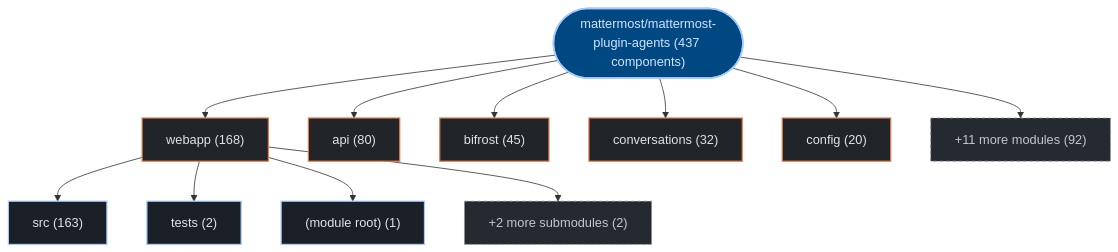
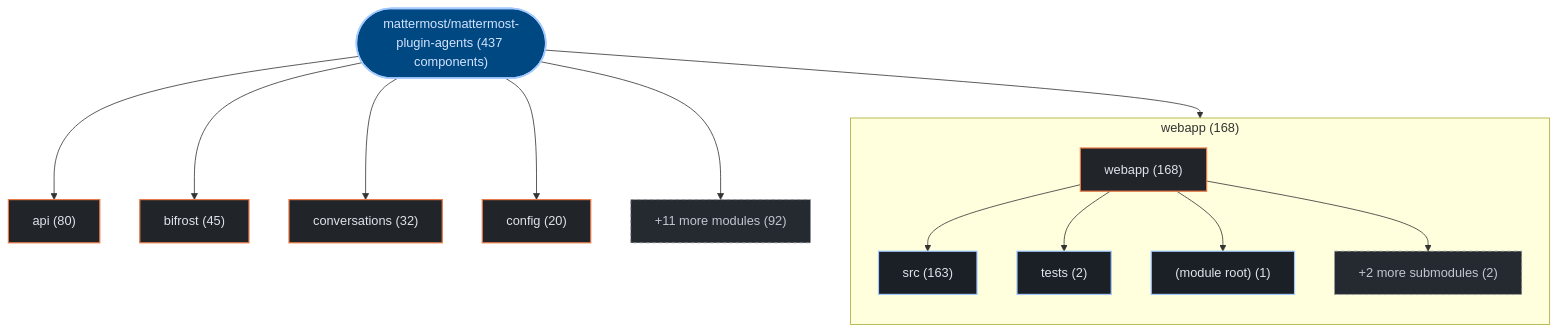
The first of 3 diagrams in exports/latest/reports/mattermost-mattermost-plugin-agents-report.md (kumarshaz/atruss-code-atlas), drawn with Mermaid before and after one commit. The commit also changed 178 other files, not shown here.

Commit message:
feat(ui,mermaid): upgrade to mermaid v12 + ELK layout, add orgs-summary + pagination, subgraph building blocks, fix tab alignment

````diff
--- a/exports/latest/reports/mattermost-mattermost-plugin-agents-report.md
+++ b/exports/latest/reports/mattermost-mattermost-plugin-agents-report.md
@@ -42,31 +42,34 @@
 ```mermaid
 graph TD;
   classDef atlasRoot fill:#004882,stroke:#a3c9ff,stroke-width:2px,color:#d3e4ff
   classDef atlasCategory fill:#212428,stroke:#E87A48,stroke-width:1.5px,color:#dfe3eb
   classDef atlasWorkflow fill:#1b2026,stroke:#a3c9ff,stroke-width:1.5px,color:#dfe3eb
   classDef atlasJob fill:#171c22,stroke:#8d9199,stroke-width:1px,color:#dfe3eb
   classDef atlasTarget fill:#005227,stroke:#8bd99b,stroke-width:1.5px,color:#a7f6b6
   classDef atlasAlert fill:#93000a,stroke:#ffb4ab,stroke-width:1.5px,color:#ffdad6
   classDef atlasMore fill:#252a31,stroke:#8d9199,stroke-dasharray:4 4,color:#c3c6cf
     repo_root(["mattermost/mattermost-plugin-agents (437 components)"]):::atlasRoot
-    dir_0_webapp["webapp (168)"]:::atlasCategory
+    subgraph sg_dir_0_webapp["webapp (168)"]
+      direction TB
+      dir_0_webapp["webapp (168)"]:::atlasCategory
+      sub_0_0_src["src (163)"]:::atlasWorkflow
+      dir_0_webapp --> sub_0_0_src
+      sub_0_1_tests["tests (2)"]:::atlasWorkflow
+      dir_0_webapp --> sub_0_1_tests
+      sub_0_2__module_root_["(module root) (1)"]:::atlasWorkflow
+      dir_0_webapp --> sub_0_2__module_root_
+      sub_0_more["+2 more submodules (2)"]:::atlasMore
+      dir_0_webapp --> sub_0_more
+    end
     repo_root --> dir_0_webapp
-    sub_0_0_src["src (163)"]:::atlasWorkflow
-    dir_0_webapp --> sub_0_0_src
-    sub_0_1_tests["tests (2)"]:::atlasWorkflow
-    dir_0_webapp --> sub_0_1_tests
-    sub_0_2__module_root_["(module root) (1)"]:::atlasWorkflow
-    dir_0_webapp --> sub_0_2__module_root_
-    sub_0_more["+2 more submodules (2)"]:::atlasMore
-    dir_0_webapp --> sub_0_more
     dir_1_api["api (80)"]:::atlasCategory
     repo_root --> dir_1_api
     dir_2_bifrost["bifrost (45)"]:::atlasCategory
     repo_root --> dir_2_bifrost
     dir_3_conversations["conversations (32)"]:::atlasCategory
     repo_root --> dir_3_conversations
     dir_4_config["config (20)"]:::atlasCategory
     repo_root --> dir_4_config
     dir_other_modules["+11 more modules (92)"]:::atlasMore
     repo_root --> dir_other_modules
 ```
````
